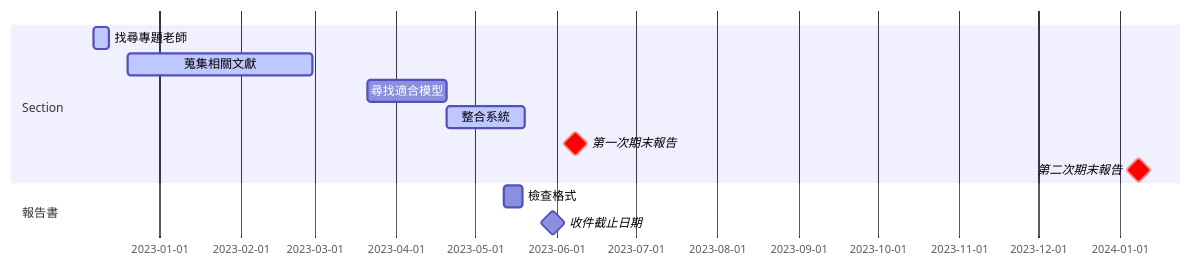
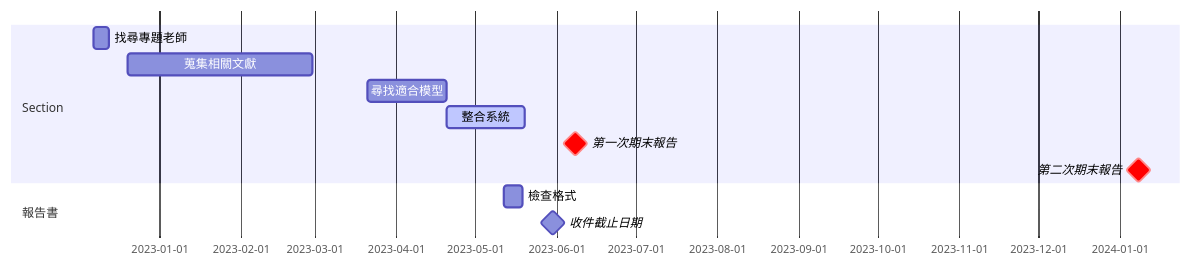
Before and after one commit to kakeru13468/A02_AI_Video_Generation: the third of 3 diagrams in README.md, drawn with Mermaid.

Commit message:
modify the Gantt chart

````diff
--- a/README.md
+++ b/README.md
@@ -42,17 +42,17 @@
 ```mermaid
 gantt
     todayMarker
     dateFormat  YYYY-MM-DD
 
     section Section
-    找尋專題老師       : active, a1, 2022-12-07, 6d
-    蒐集相關文獻      : active, after a1, 2022-12-20, 70d
+    找尋專題老師       : a1, 2022-12-07, 6d
+    蒐集相關文獻      : after a1, 2022-12-20, 70d
     尋找適合模型         : a1, 2023-03-21, 30d
     整合系統             : active, after a1, 30d
     第一次期末報告       : crit, milestone, 2023-06-08,  8min
     第二次期末報告       : crit, milestone, 2024-01-08,  8min %%FIXME
 
     section 報告書
     檢查格式             : 2023-05-12, 1w
     收件截止日期          : milestone, 2023-05-30, 1d
 ```
````
